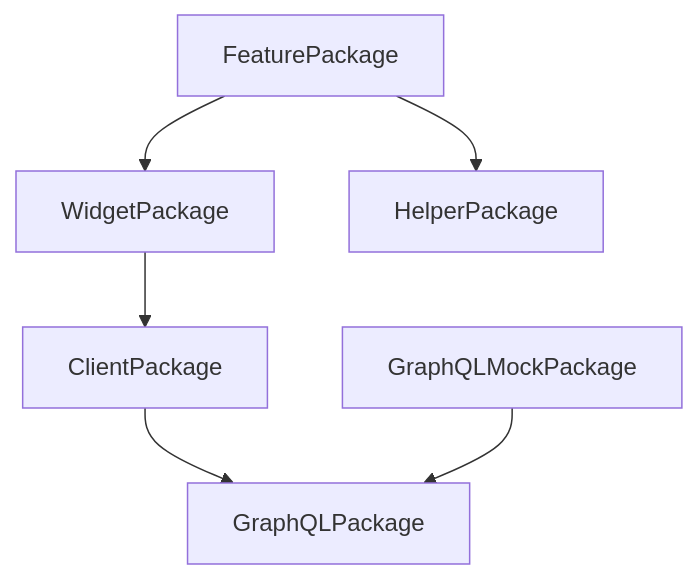
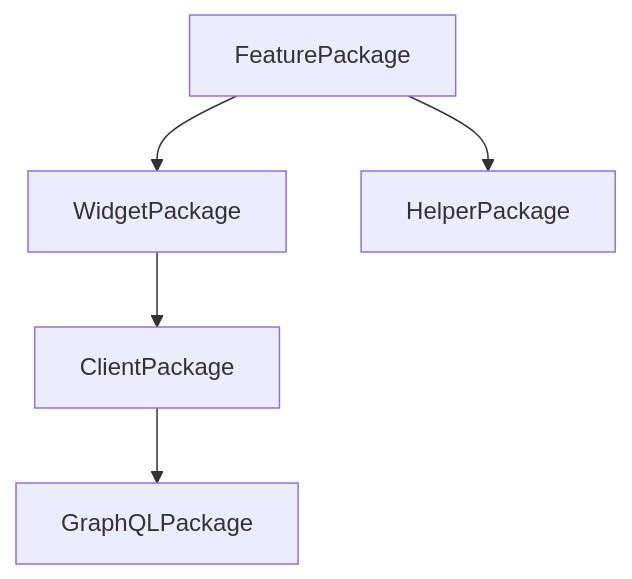
Before and after one commit to caaaption/caaaption: the diagram in Packages/README.md, drawn with Mermaid.

Commit message:
Fix missing newline at end of package README

````diff
--- a/Packages/README.md
+++ b/Packages/README.md
@@ -1,8 +1,7 @@
 ```mermaid
 graph TD;
     FeaturePackage-->WidgetPackage;
     FeaturePackage-->HelperPackage;
     WidgetPackage-->ClientPackage;
     ClientPackage-->GraphQLPackage;
-    GraphQLMockPackage-->GraphQLPackage;
 ```
````
